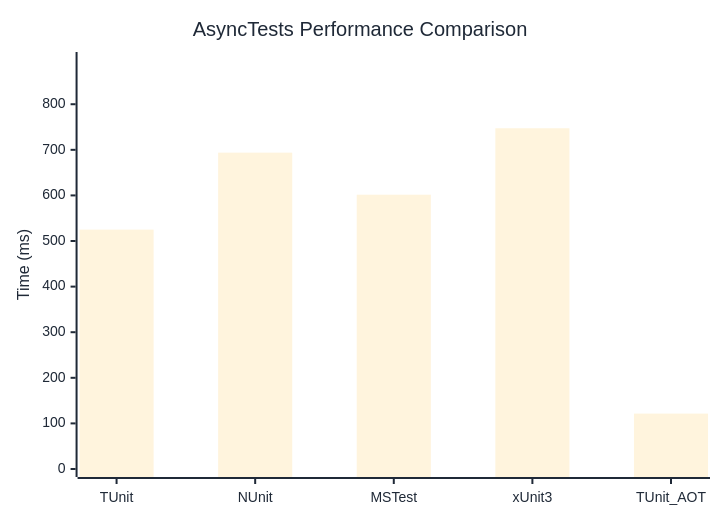
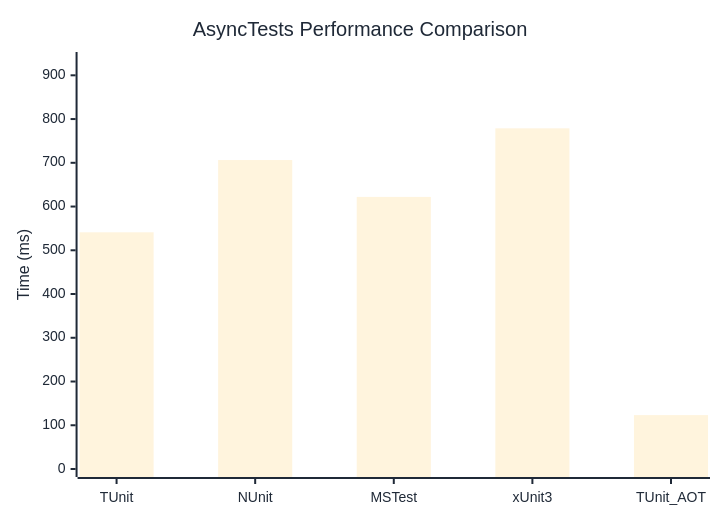
One commit to thomhurst/TUnit changed the diagram in docs/docs/benchmarks/AsyncTests.md. Above: the diagram before and after it, drawn with Mermaid. The commit also changed other lines of this file and 17 other files, not shown here.

````diff
--- a/docs/docs/benchmarks/AsyncTests.md
+++ b/docs/docs/benchmarks/AsyncTests.md
@@ -27,37 +27,37 @@
 ```mermaid
 %%{init: {
   'theme':'base',
   'themeVariables': {
     'primaryColor': '#2563eb',
     'primaryTextColor': '#1f2937',
     'primaryBorderColor': '#1e40af',
     'lineColor': '#6b7280',
     'secondaryColor': '#7c3aed',
     'tertiaryColor': '#dc2626',
     'background': '#ffffff',
     'mainBkg': '#2563eb',
     'secondBkg': '#7c3aed',
     'tertiaryBkg': '#dc2626',
     'clusterBkg': '#f3f4f6',
     'edgeLabelBackground': '#ffffff',
     'tertiaryTextColor': '#1f2937',
     'pie1': '#2563eb',
     'pie2': '#7c3aed',
     'pie3': '#dc2626',
     'pie4': '#f59e0b',
     'pie5': '#10b981',
     'pie6': '#06b6d4',
     'pie7': '#ec4899',
     'pie8': '#6366f1',
     'pie9': '#84cc16',
     'pie10': '#f97316',
     'pie11': '#14b8a6',
     'pie12': '#a855f7'
   }
 }}%%
 xychart-beta
   title "AsyncTests Performance Comparison"
   x-axis ["TUnit", "NUnit", "MSTest", "xUnit3", "TUnit_AOT"]
-  y-axis "Time (ms)" 0 --> 897
-  bar [525, 693.8, 601.6, 747.3, 121.5]
+  y-axis "Time (ms)" 0 --> 935
+  bar [541.1, 706.3, 622, 778.8, 123.2]
 ```
````
